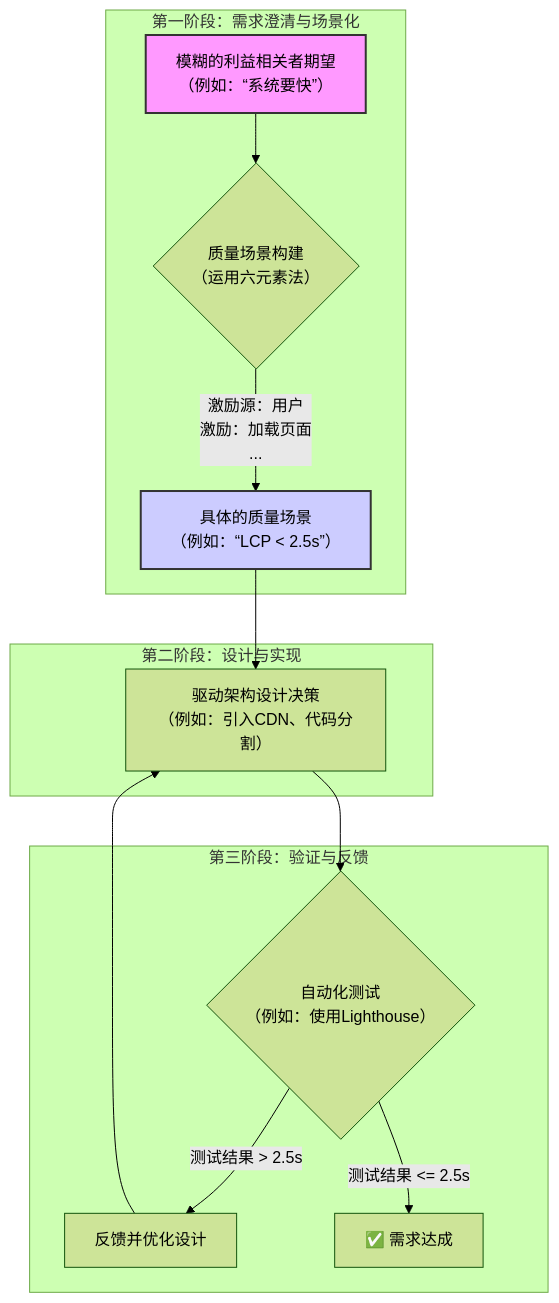
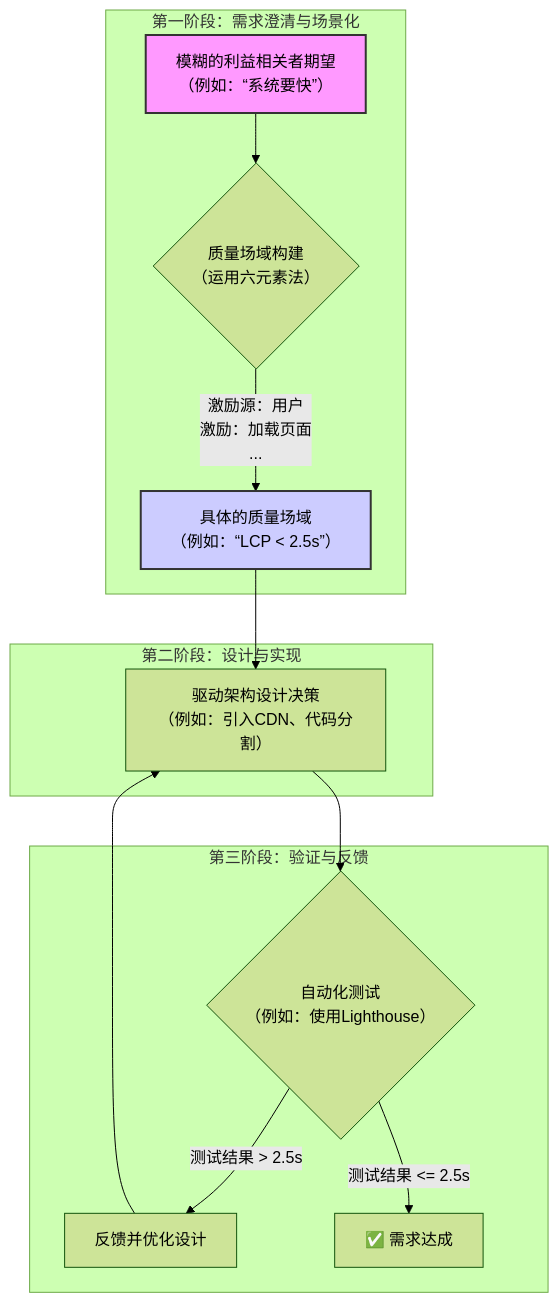
One commit to turtacn/NFR-DFX-Quality-Toolkit changed the first of 4 diagrams in Concept.md. Above: the diagram before and after it, drawn with Mermaid (forest theme). The commit also changed other lines of this file, not shown here.

````diff
--- a/Concept.md
+++ b/Concept.md
@@ -45,21 +45,21 @@
 ```mermaid
 graph TD
     subgraph STAGE1[第一阶段：需求澄清与场景化]
-        A[模糊的利益相关者期望<br/>（例如：“系统要快”）] --> B{质量场景构建<br/>（运用六元素法）};
-        B --> |激励源：用户<br/>激励：加载页面<br/>...| C[具体的质量场景<br/>（例如：“LCP < 2.5s”）];
+        A[模糊的利益相关者期望<br/>（例如：“系统要快”）] --> B{质量场域构建<br/>（运用六元素法）};
+        B --> |激励源：用户<br/>激励：加载页面<br/>...| C[具体的质量场域<br/>（例如：“LCP < 2.5s”）];
     end
 
     subgraph STAGE2[第二阶段：设计与实现]
         C --> D[驱动架构设计决策<br/>（例如：引入CDN、代码分割）];
     end
 
     subgraph STAGE3[第三阶段：验证与反馈]
         D --> E{自动化测试<br/>（例如：使用Lighthouse）};
         E -->|测试结果 > 2.5s| F[反馈并优化设计];
         E -->|测试结果 <= 2.5s| G[✅ 需求达成];
         F --> D;
     end
 
     style A fill:#f9f,stroke:#333,stroke-width:2px
     style C fill:#ccf,stroke:#333,stroke-width:2px
 ```
````
